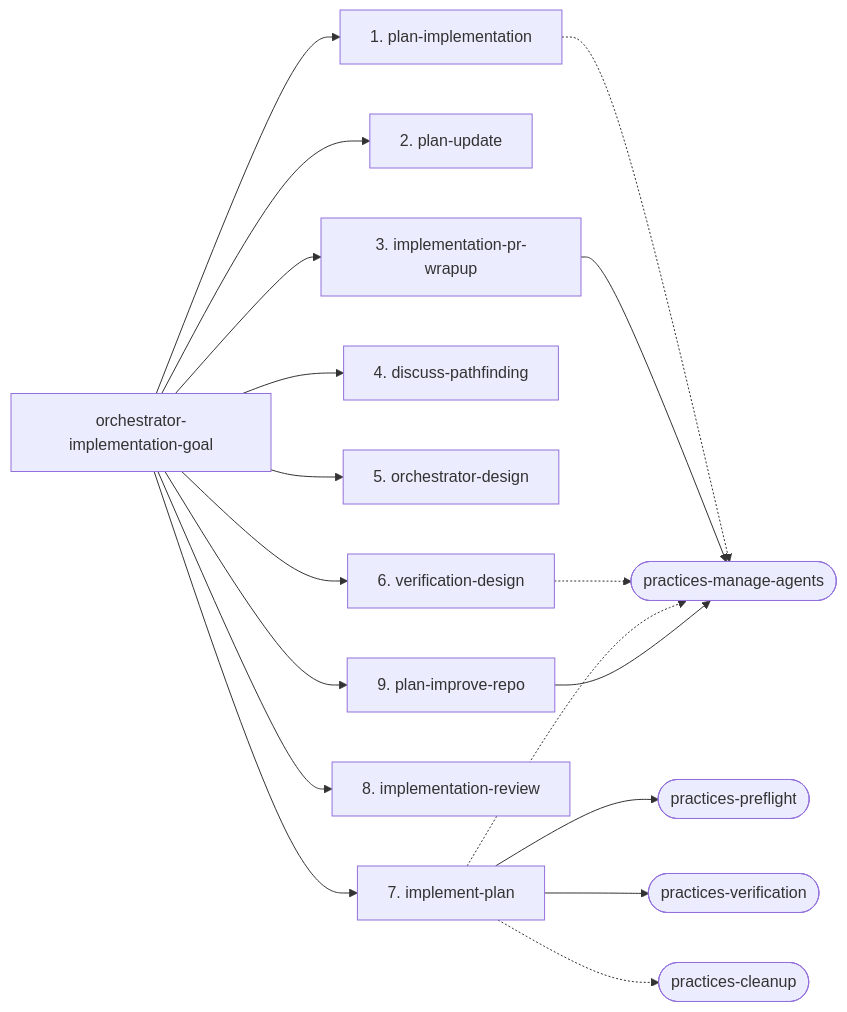
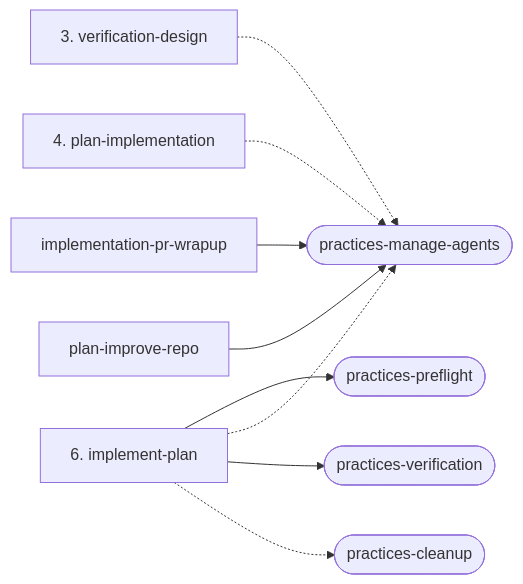
One commit to ShravanSunder/sunstack changed the fourth of 4 diagrams in plugins/sunstack-dev/docs/phase-composition.md. Above: the diagram before and after it, drawn with Mermaid. The commit also changed other lines of this file and 5 other files, not shown here.

````diff
--- a/plugins/sunstack-dev/docs/phase-composition.md
+++ b/plugins/sunstack-dev/docs/phase-composition.md
@@ -68,21 +117,11 @@
 ```mermaid
 flowchart LR
-  orchestrator_implementation_goal["orchestrator-implementation-goal"]
-  orchestrator_implementation_goal --> plan_implementation["1. plan-implementation"]
-  orchestrator_implementation_goal --> plan_update["2. plan-update"]
-  orchestrator_implementation_goal --> implementation_pr_wrapup["3. implementation-pr-wrapup"]
-  orchestrator_implementation_goal --> discuss_pathfinding["4. discuss-pathfinding"]
-  orchestrator_implementation_goal --> orchestrator_design["5. orchestrator-design"]
-  orchestrator_implementation_goal --> verification_design["6. verification-design"]
-  orchestrator_implementation_goal --> implement_plan["7. implement-plan"]
-  orchestrator_implementation_goal --> implementation_review["8. implementation-review"]
-  orchestrator_implementation_goal --> plan_improve_repo["9. plan-improve-repo"]
-  plan_implementation -.-> practices_manage_agents(["practices-manage-agents"])
-  implementation_pr_wrapup --> practices_manage_agents(["practices-manage-agents"])
-  verification_design -.-> practices_manage_agents(["practices-manage-agents"])
-  implement_plan --> practices_preflight(["practices-preflight"])
-  implement_plan -.-> practices_manage_agents(["practices-manage-agents"])
-  implement_plan --> practices_verification(["practices-verification"])
-  implement_plan -.-> practices_cleanup(["practices-cleanup"])
-  plan_improve_repo --> practices_manage_agents(["practices-manage-agents"])
+  verification_design["3. verification-design"] -.-> practices_manage_agents(["practices-manage-agents"])
+  plan_implementation["4. plan-implementation"] -.-> practices_manage_agents(["practices-manage-agents"])
+  implement_plan["6. implement-plan"] --> practices_preflight(["practices-preflight"])
+  implement_plan["6. implement-plan"] -.-> practices_manage_agents(["practices-manage-agents"])
+  implement_plan["6. implement-plan"] --> practices_verification(["practices-verification"])
+  implement_plan["6. implement-plan"] -.-> practices_cleanup(["practices-cleanup"])
+  implementation_pr_wrapup["implementation-pr-wrapup"] --> practices_manage_agents(["practices-manage-agents"])
+  plan_improve_repo["plan-improve-repo"] --> practices_manage_agents(["practices-manage-agents"])
 ```
````
